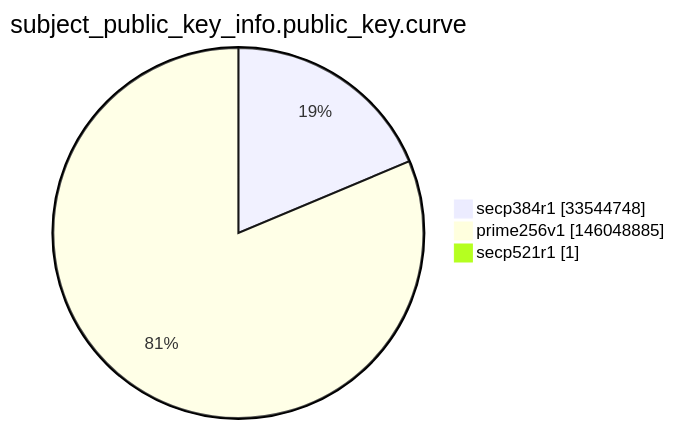
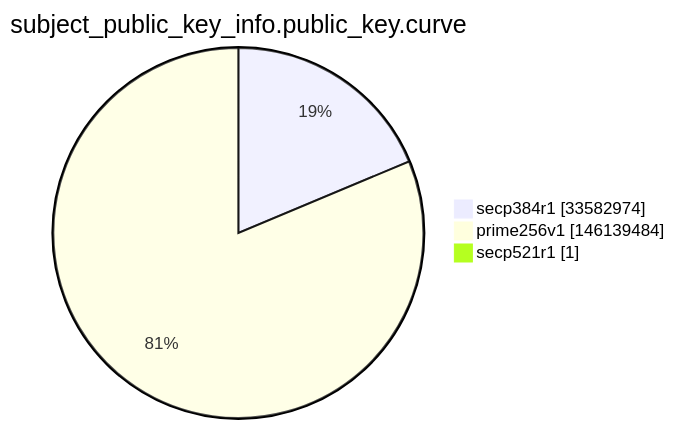
One commit to christiankrug/ctmonitor_visualization changed the ninth of 15 diagrams in argon2022/README.md. Above: the diagram before and after it, drawn with Mermaid. The commit also changed other lines of this file, not shown here.

````diff
--- a/argon2022/README.md
+++ b/argon2022/README.md
@@ -2764,7 +2764,7 @@
 ```mermaid
 pie showData
 title subject_public_key_info.public_key.curve
-"secp384r1" :33544748
-"prime256v1" :146048885
+"secp384r1" :33582974
+"prime256v1" :146139484
 "secp521r1" :1
 ```
````
